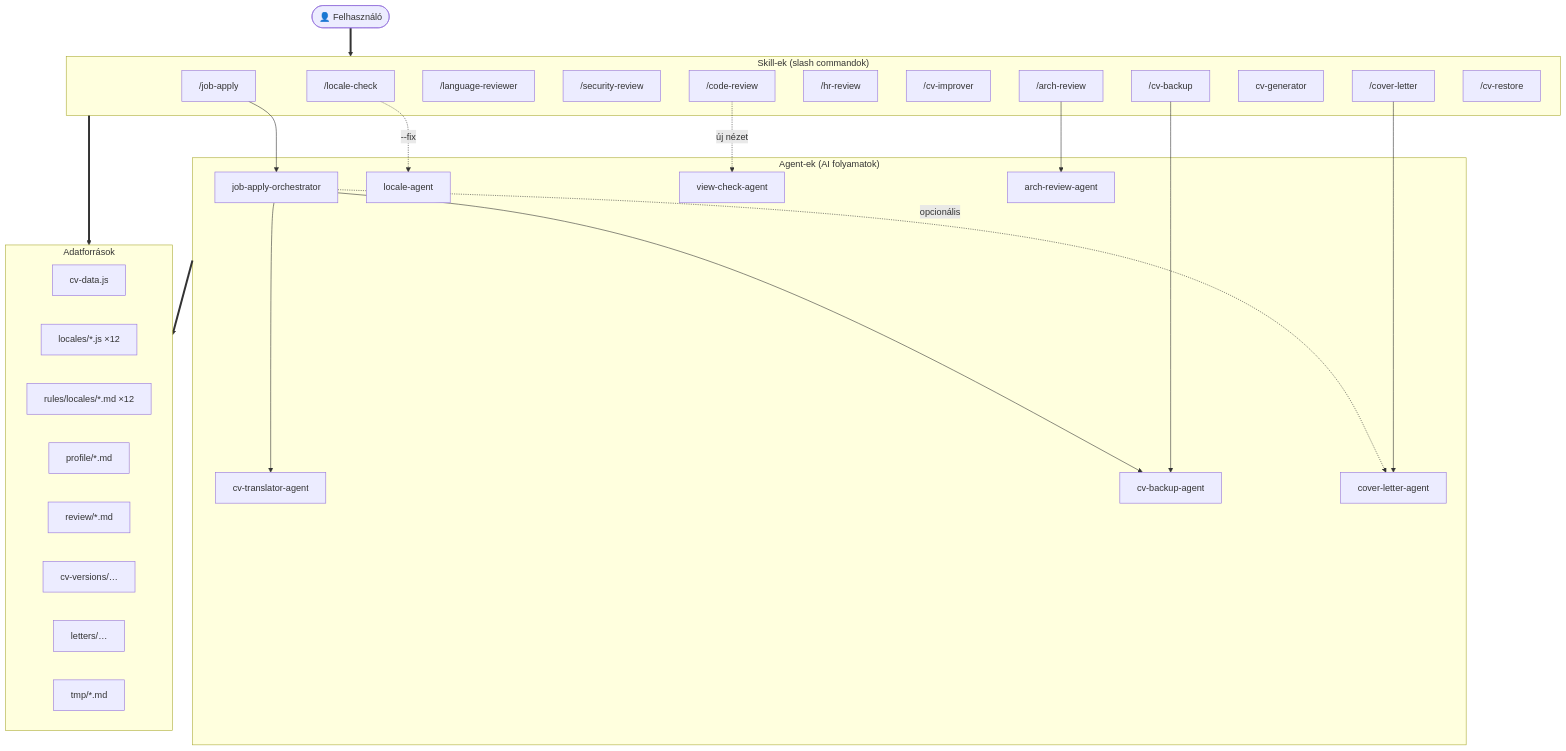
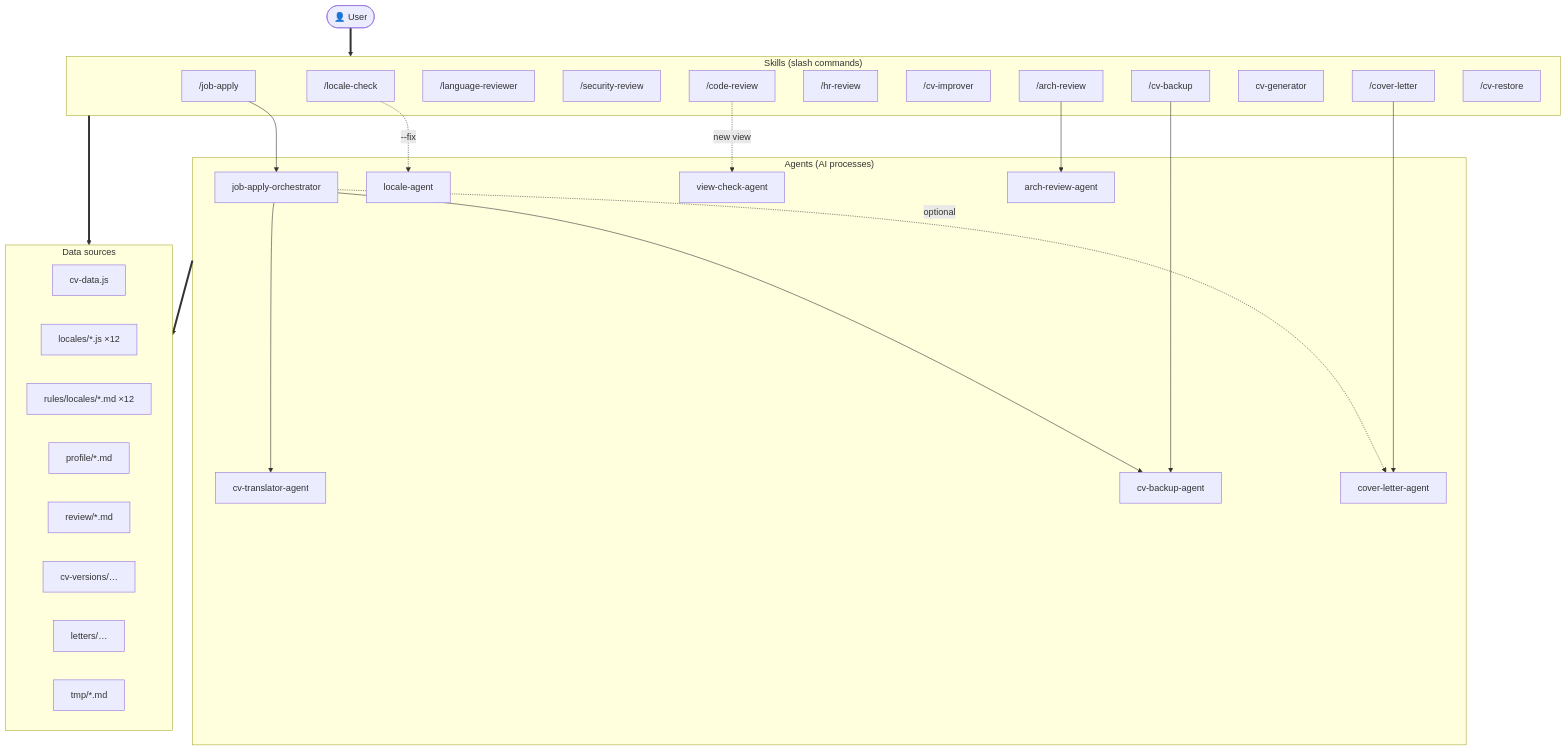
One commit to exphoenee/CV changed the diagram in devdocs/skills-and-agents-guide.md. Above: the diagram before and after it, drawn with Mermaid. The commit also changed other lines of this file and 11 other files, not shown here.

````diff
--- a/devdocs/skills-and-agents-guide.md
+++ b/devdocs/skills-and-agents-guide.md
@@ -800,56 +802,56 @@
 ```mermaid
 graph TD
-    User([👤 Felhasználó])
+    User([👤 User])
 
-    subgraph Skills["Skill-ek (slash commandok)"]
+    subgraph Skills["Skills (slash commands)"]
         LC["/locale-check"]
         CR["/code-review"]
         LR["/language-reviewer"]
         SR["/security-review"]
         AR["/arch-review"]
         HR["/hr-review"]
         CI["/cv-improver"]
         CL["/cover-letter"]
         JA["/job-apply"]
         CG["cv-generator"]
         CB["/cv-backup"]
         CVR["/cv-restore"]
     end
 
-    subgraph Agents["Agent-ek (AI folyamatok)"]
+    subgraph Agents["Agents (AI processes)"]
         JAO["job-apply-orchestrator"]
         CTA["cv-translator-agent"]
         CBA["cv-backup-agent"]
         CLA["cover-letter-agent"]
         LA["locale-agent"]
         VCA["view-check-agent"]
         ARA["arch-review-agent"]
     end
 
-    subgraph Data["Adatforrások"]
+    subgraph Data["Data sources"]
         CVD["cv-data.js"]
         LOC["locales/*.js ×12"]
         RULES["rules/locales/*.md ×12"]
         PROF["profile/*.md"]
         REV["review/*.md"]
         VER["cv-versions/…"]
         LET["letters/…"]
         TMP["tmp/*.md"]
     end
 
     User ==> Skills
 
     LC -. --fix .-> LA
-    CR -. új nézet .-> VCA
+    CR -. new view .-> VCA
     AR --> ARA
     CB --> CBA
     CL --> CLA
     JA --> JAO
 
     JAO --> CTA
     JAO --> CBA
-    JAO -. opcionális .-> CLA
+    JAO -. optional .-> CLA
 
     Skills ==> Data
     Agents ==> Data
 ```
````
